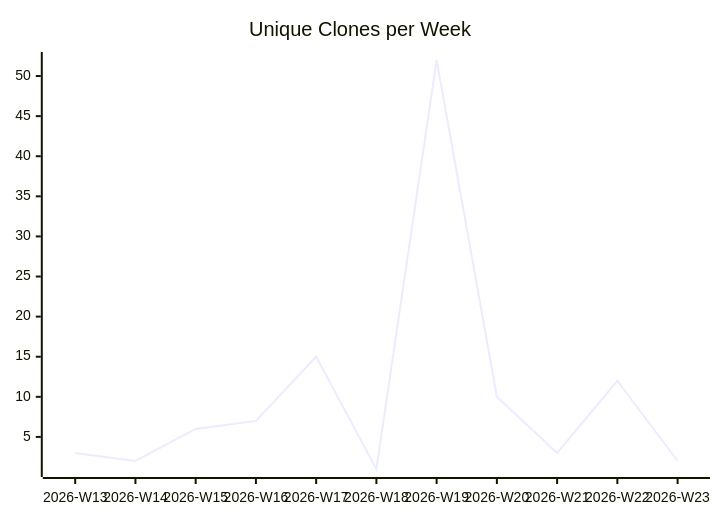
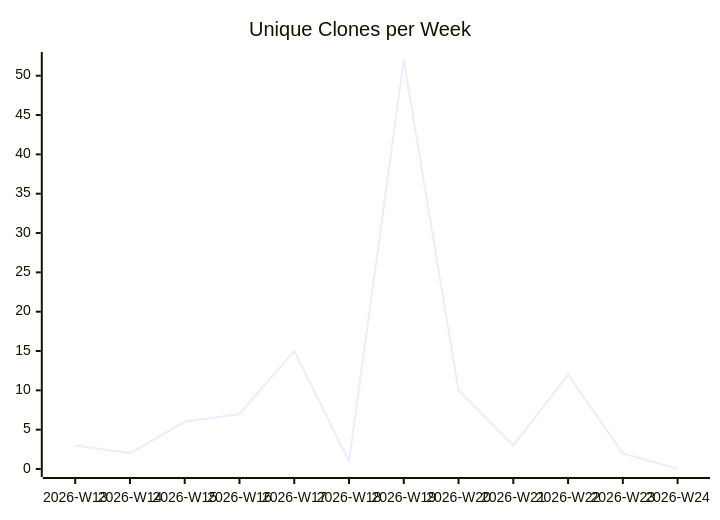
Before and after one commit to justdavis-family/github-analytics-data: the third of 3 diagrams in karlmdavis/justdavis-ansible/README.md, drawn with Mermaid. The commit also changed other lines of this file and 189 other files, not shown here.

````diff
--- a/karlmdavis/justdavis-ansible/README.md
+++ b/karlmdavis/justdavis-ansible/README.md
@@ -19,6 +19,6 @@
 ```mermaid
 xychart-beta
   title "Unique Clones per Week"
-  x-axis ["2026-W13", "2026-W14", "2026-W15", "2026-W16", "2026-W17", "2026-W18", "2026-W19", "2026-W20", "2026-W21", "2026-W22", "2026-W23"]
-  line [3, 2, 6, 7, 15, 1, 52, 10, 3, 12, 2]
+  x-axis ["2026-W13", "2026-W14", "2026-W15", "2026-W16", "2026-W17", "2026-W18", "2026-W19", "2026-W20", "2026-W21", "2026-W22", "2026-W23", "2026-W24"]
+  line [3, 2, 6, 7, 15, 1, 52, 10, 3, 12, 2, 0]
 ```
````
